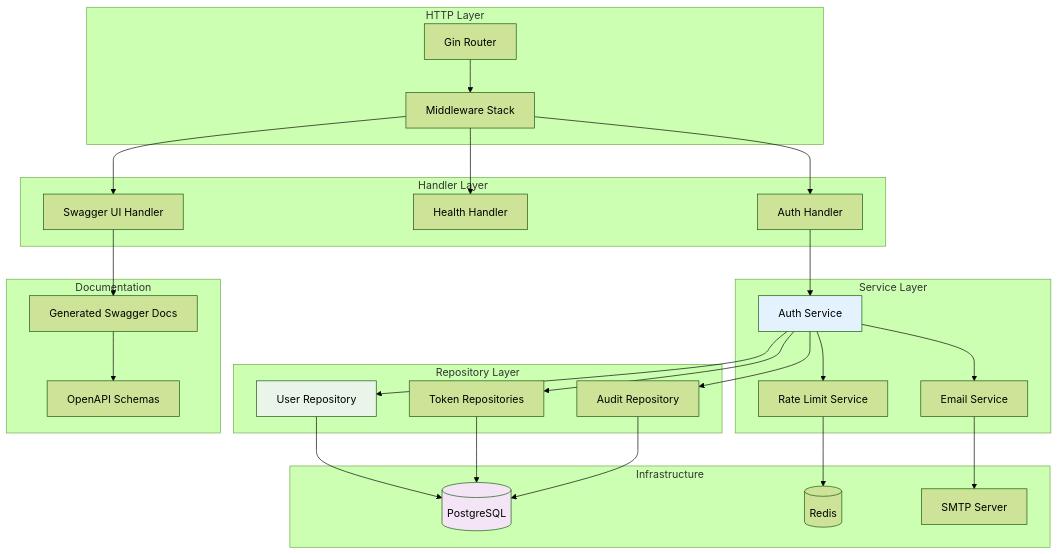
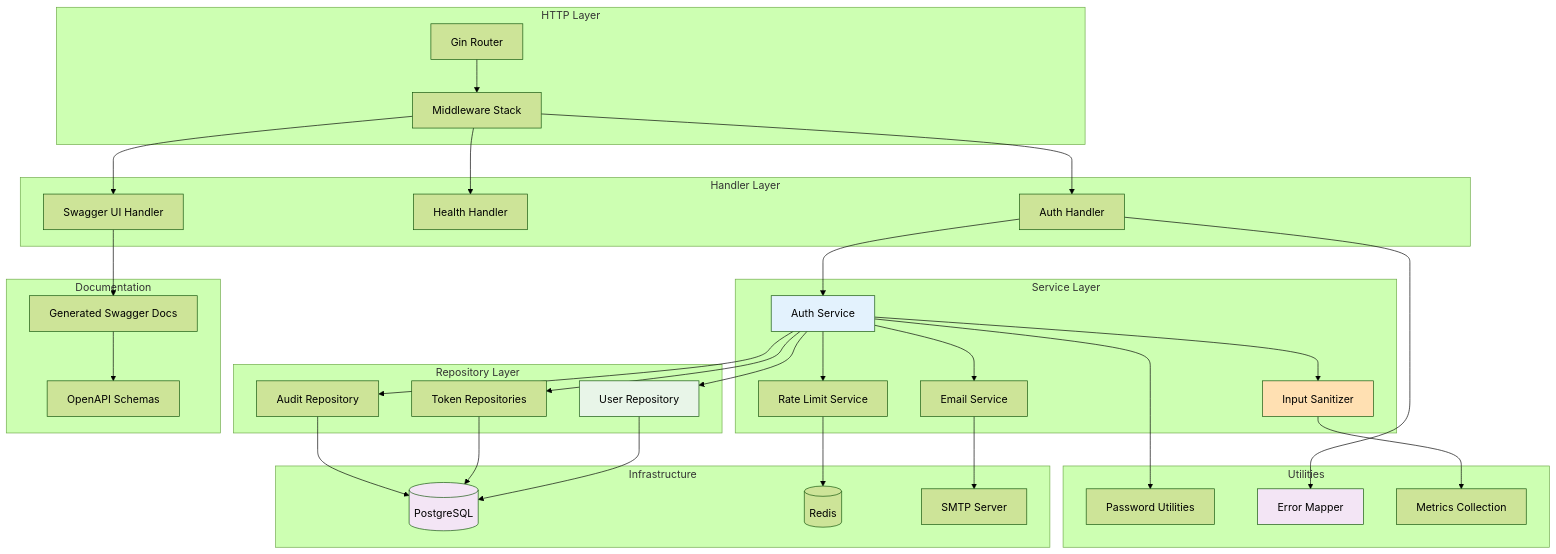
The eighth of 27 diagrams in code/go-auth/auth-service/docs/ARCHITECTURE.md (radek-zitek-cloud/pully-theta), drawn with Mermaid (forest theme) before and after one commit. The commit also changed other lines of this file, not shown here.

Commit message:
feat(docs): Update architecture documentation to enhance input sanitization section and add testing architecture details

````diff
--- a/code/go-auth/auth-service/docs/ARCHITECTURE.md
+++ b/code/go-auth/auth-service/docs/ARCHITECTURE.md
@@ -250,62 +451,76 @@
 ```mermaid
 graph TB
     subgraph "HTTP Layer"
         ROUTER[Gin Router]
         MW[Middleware Stack]
     end
     
     subgraph "Handler Layer"
         AUTH_H[Auth Handler]
         HEALTH_H[Health Handler]
         SWAGGER_H[Swagger UI Handler]
     end
     
     subgraph "Service Layer"
         AUTH_S[Auth Service]
         EMAIL_S[Email Service] 
         RATE_S[Rate Limit Service]
+        SANITIZER_S[Input Sanitizer]
     end
     
     subgraph "Repository Layer"
         USER_R[User Repository]
         TOKEN_R[Token Repositories]
         AUDIT_R[Audit Repository]
     end
     
     subgraph "Infrastructure"
         DB[(PostgreSQL)]
         CACHE[(Redis)]
         SMTP[SMTP Server]
+    end
+    
+    subgraph "Utilities"
+        PASSWORD_UTIL[Password Utilities]
+        ERROR_MAPPER[Error Mapper]
+        METRICS[Metrics Collection]
     end
     
     subgraph "Documentation"
         SWAGGER_DOCS[Generated Swagger Docs]
         API_SCHEMAS[OpenAPI Schemas]
     end
     
     ROUTER --> MW
     MW --> AUTH_H
     MW --> HEALTH_H
     MW --> SWAGGER_H
     
     SWAGGER_H --> SWAGGER_DOCS
     SWAGGER_DOCS --> API_SCHEMAS
     
     AUTH_H --> AUTH_S
     AUTH_S --> EMAIL_S
     AUTH_S --> RATE_S
+    AUTH_S --> SANITIZER_S
     
     AUTH_S --> USER_R
     AUTH_S --> TOKEN_R
     AUTH_S --> AUDIT_R
     
     USER_R --> DB
     TOKEN_R --> DB
     AUDIT_R --> DB
     RATE_S --> CACHE
     EMAIL_S --> SMTP
     
+    AUTH_H --> ERROR_MAPPER
+    AUTH_S --> PASSWORD_UTIL
+    SANITIZER_S --> METRICS
+    
     style AUTH_S fill:#E3F2FD
     style USER_R fill:#E8F5E8
     style DB fill:#F3E5F5
+    style SANITIZER_S fill:#FFE0B2
+    style ERROR_MAPPER fill:#F3E5F5
 ```
````
